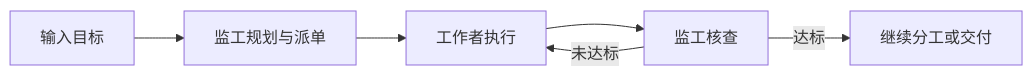
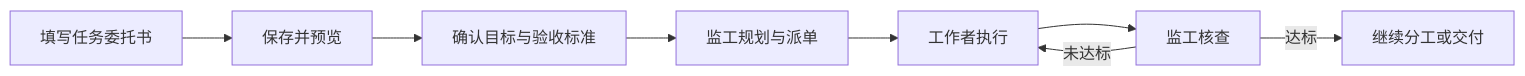
Before and after one commit to wuqiong12-jf/hetero-agent-collaboration: the diagram in README.md, drawn with Mermaid. The commit also changed other lines of this file and 18 other files, not shown here.

````diff
--- a/README.md
+++ b/README.md
@@ -122,8 +130,10 @@
 ```mermaid
 flowchart LR
-    A[输入目标] --> B[监工规划与派单]
+    A[填写任务委托书] --> P[保存并预览]
+    P --> Q[确认目标与验收标准]
+    Q --> B[监工规划与派单]
     B --> C[工作者执行]
     C --> D[监工核查]
     D -->|达标| E[继续分工或交付]
     D -->|未达标| C
 ```
````
